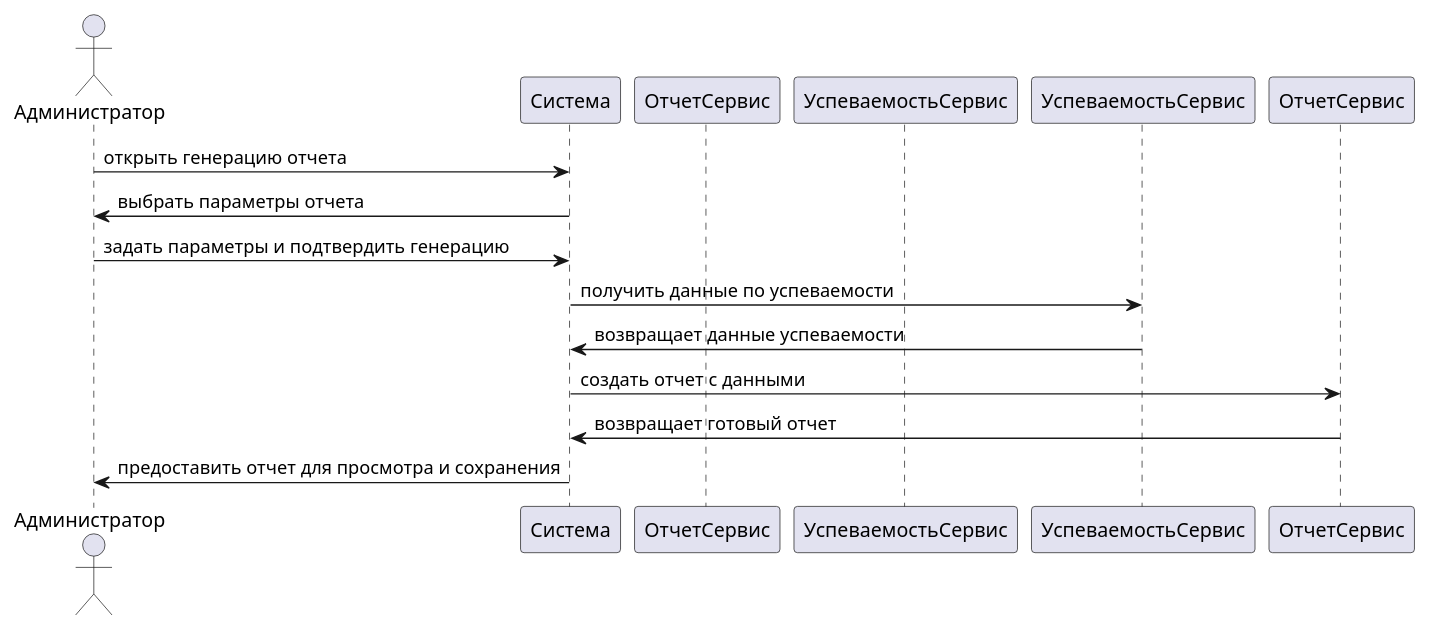
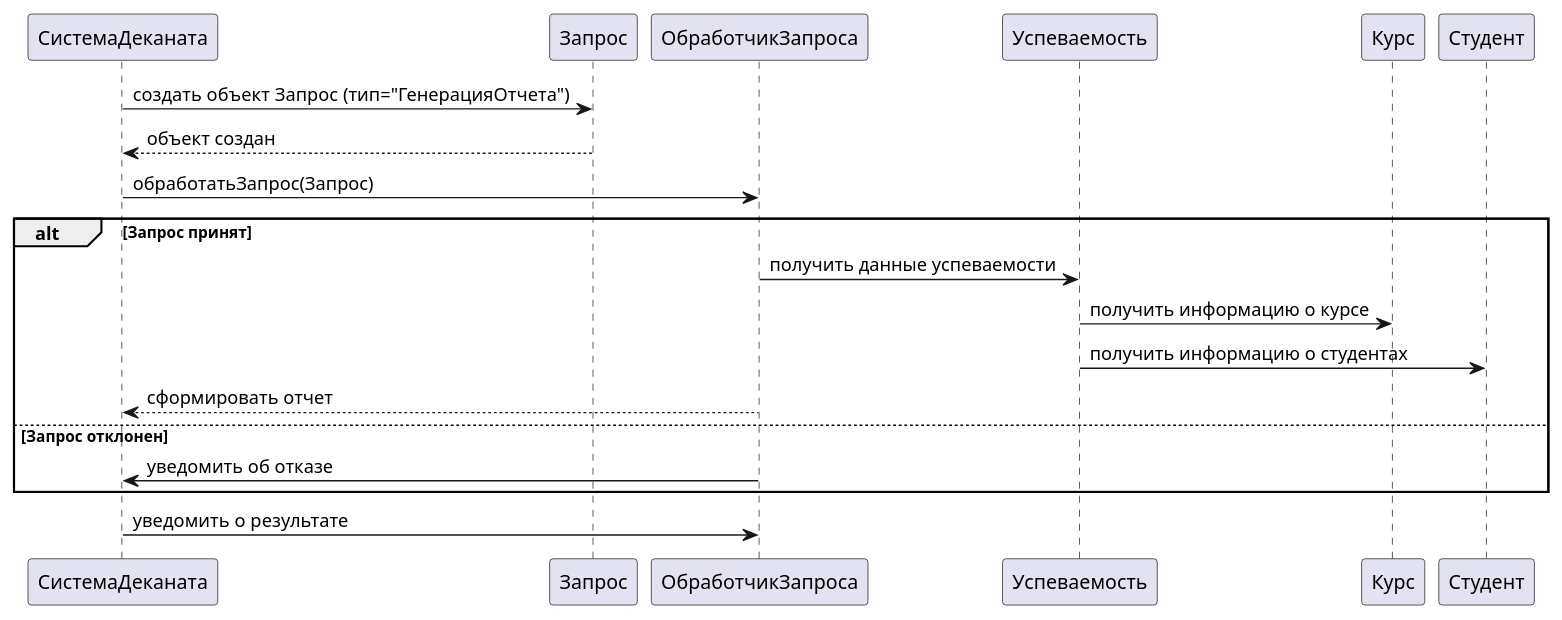
One commit to penamarth/bsbo-02-22_team4_var4 changed the diagram in Прецеденты/Генерация отчета по успеваемости/Диаграмма последовательности/Диаграмма последовательностию.md. Above: the diagram before and after it, drawn with PlantUML.

Commit message:
Update Диаграмма последовательностию.md

````diff
--- a/Прецеденты/Генерация отчета по успеваемости/Диаграмма последовательности/Диаграмма последовательностию.md
+++ b/Прецеденты/Генерация отчета по успеваемости/Диаграмма последовательности/Диаграмма последовательностию.md
@@ -1,19 +1,26 @@
 ```plantuml
 @startuml
-actor Администратор as Admin
-participant Система as System
-participant ОтчетСервис as ReportService
-participant УспеваемостьСервис as GradeService
+participant СистемаДеканата
+participant Запрос
+participant ОбработчикЗапроса
+participant Успеваемость
+participant Курс
+participant Студент
 
-Admin -> System: открыть генерацию отчета
-System -> Admin: выбрать параметры отчета
-Admin -> System: задать параметры и подтвердить генерацию
+СистемаДеканата -> Запрос: создать объект Запрос (тип="ГенерацияОтчета")
+Запрос --> СистемаДеканата: объект создан
+СистемаДеканата -> ОбработчикЗапроса: обработатьЗапрос(Запрос)
 
-System -> УспеваемостьСервис: получить данные по успеваемости
-УспеваемостьСервис -> System: возвращает данные успеваемости
-System -> ОтчетСервис: создать отчет с данными
-ОтчетСервис -> System: возвращает готовый отчет
+alt Запрос принят
+    ОбработчикЗапроса -> Успеваемость: получить данные успеваемости
+    Успеваемость -> Курс: получить информацию о курсе
+    Успеваемость -> Студент: получить информацию о студентах
+    ОбработчикЗапроса --> СистемаДеканата: сформировать отчет
+else Запрос отклонен
+    ОбработчикЗапроса -> СистемаДеканата: уведомить об отказе
+end
 
-System -> Admin: предоставить отчет для просмотра и сохранения
+СистемаДеканата -> ОбработчикЗапроса: уведомить о результате
 @enduml
+
 ```
````
